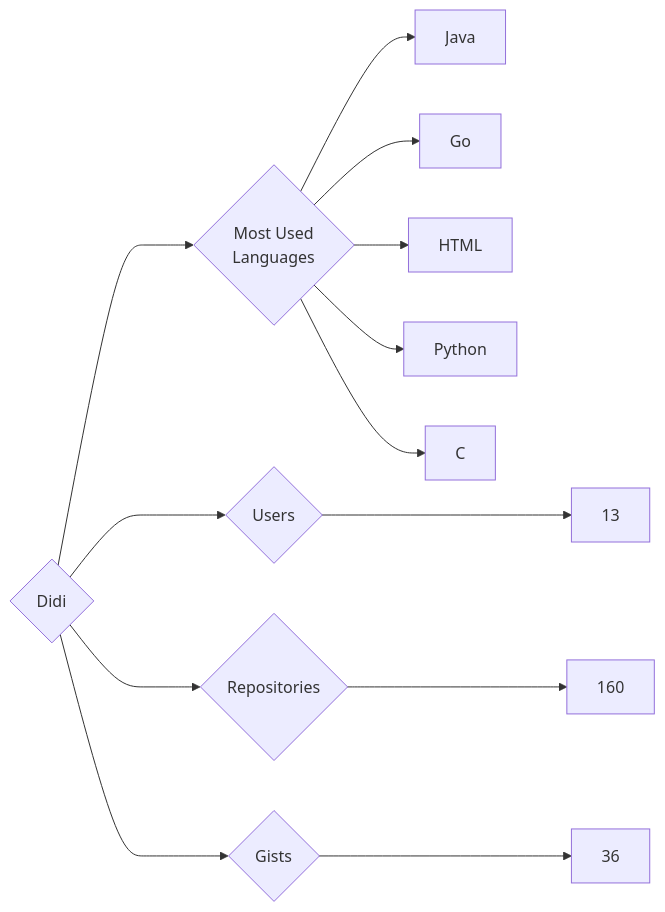
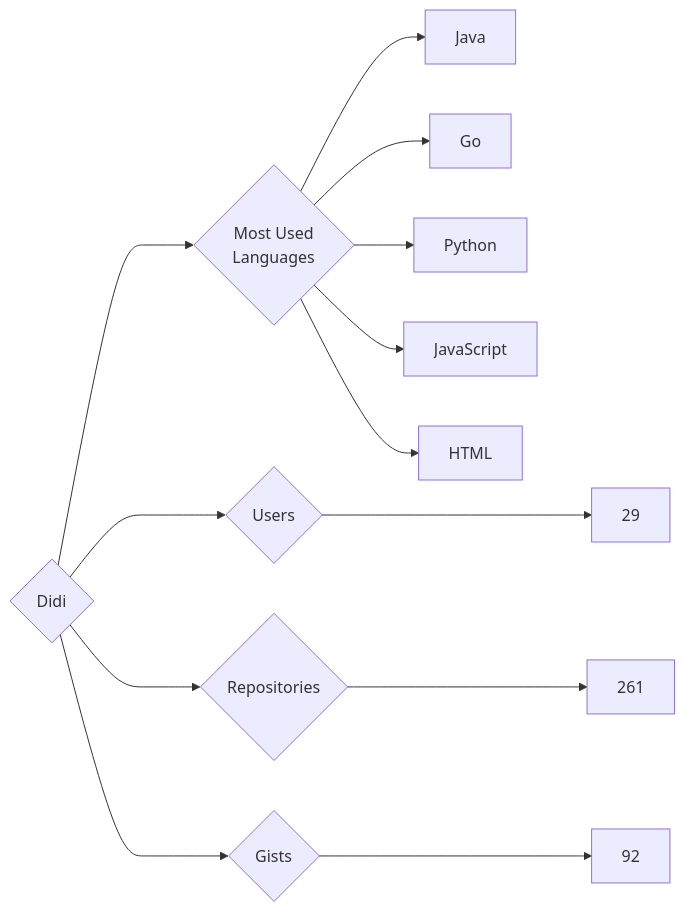
The diagram in targets/Didi/README.md (trickest/insiders), drawn with Mermaid before and after one commit. The commit also changed 786 other files, not shown here.

````diff
--- a/targets/Didi/README.md
+++ b/targets/Didi/README.md
@@ -3,13 +3,13 @@
 ```mermaid
 graph LR
 COMPANY_NAME{Didi}
-COMPANY_NAME ---> U{Users} ---> UN[13]
-COMPANY_NAME ---> R{Repositories} ---> RN[160]
-COMPANY_NAME ---> G{Gists} ---> GN[36]
+COMPANY_NAME ---> U{Users} ---> UN[29]
+COMPANY_NAME ---> R{Repositories} ---> RN[261]
+COMPANY_NAME ---> G{Gists} ---> GN[92]
 COMPANY_NAME ---> ML{Most Used<br>Languages}
 ML --> Java[Java]
 ML --> Go[Go]
+ML --> Python[Python]
+ML --> JavaScript[JavaScript]
 ML --> HTML[HTML]
-ML --> Python[Python]
-ML --> C[C]
 ```
````
